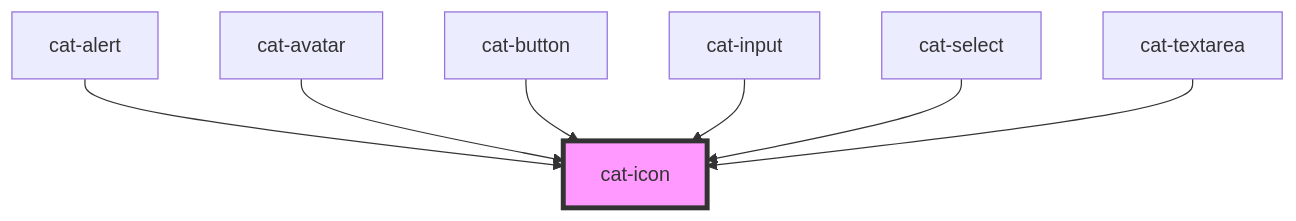
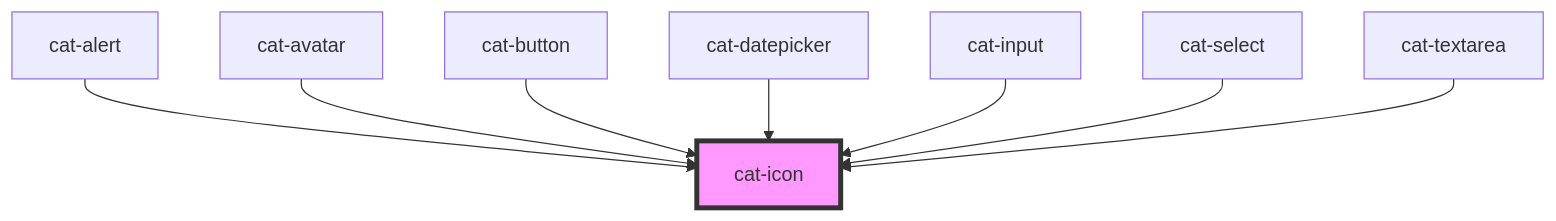
The diagram in core/src/components/cat-icon/readme.md (haiilo/catalyst), drawn with Mermaid before and after one commit. The commit also changed other lines of this file and 18 other files, not shown here.

Commit message:
feat(core): cat-datepicker first iteration

````diff
--- a/core/src/components/cat-icon/readme.md
+++ b/core/src/components/cat-icon/readme.md
@@ -47,10 +48,11 @@
 ```mermaid
 graph TD;
   cat-alert --> cat-icon
   cat-avatar --> cat-icon
   cat-button --> cat-icon
+  cat-datepicker --> cat-icon
   cat-input --> cat-icon
   cat-select --> cat-icon
   cat-textarea --> cat-icon
   style cat-icon fill:#f9f,stroke:#333,stroke-width:4px
 ```
````
